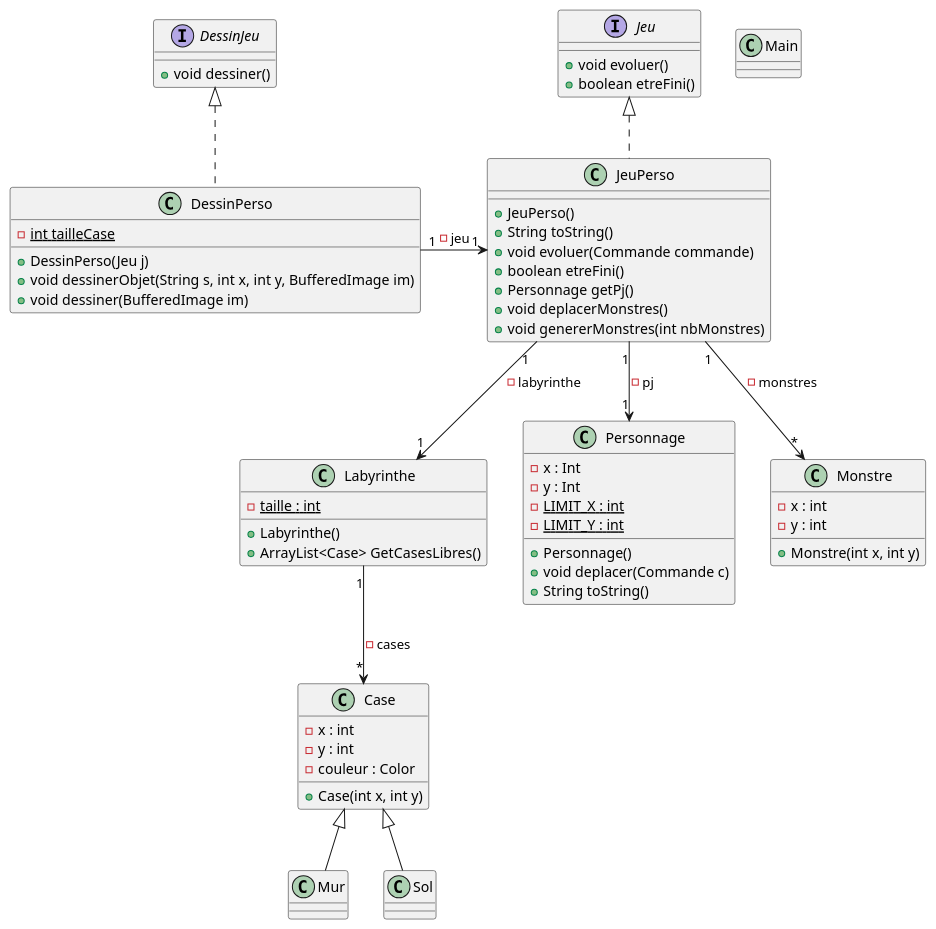
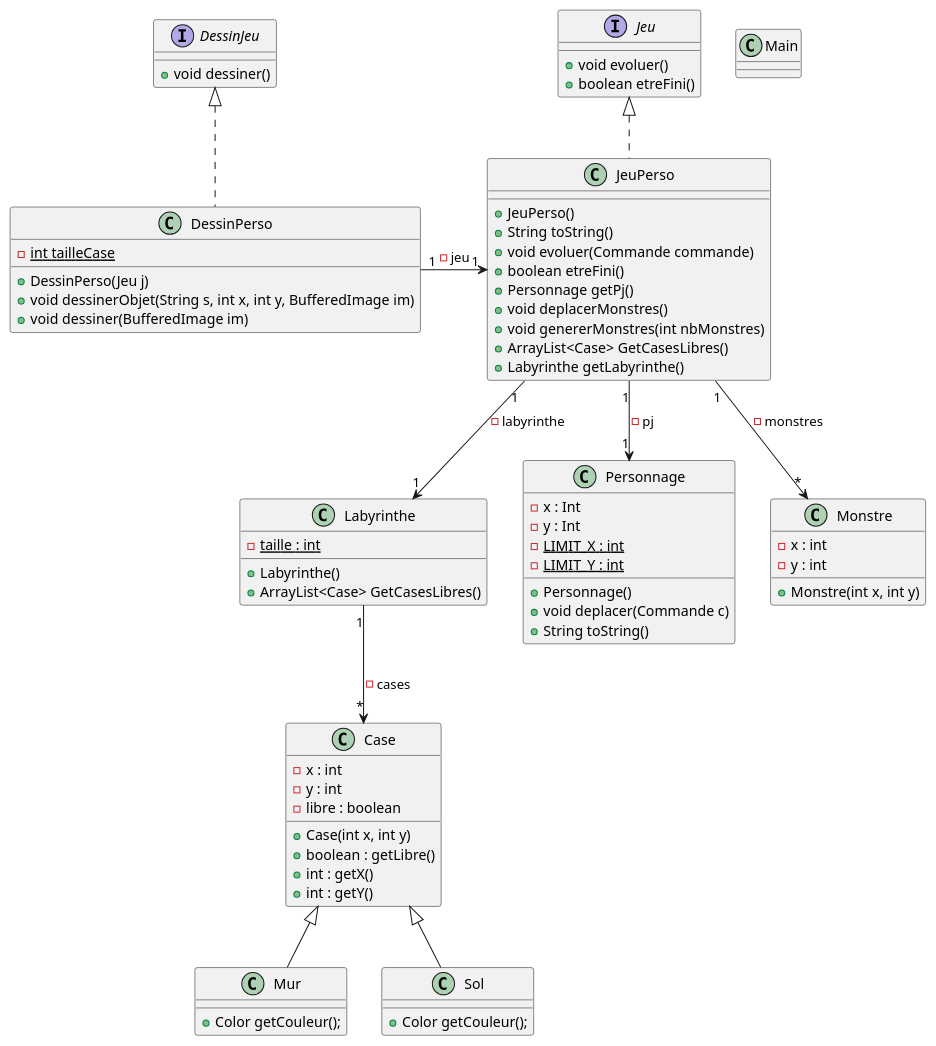
One commit to MichelGrolet/2d-game changed the diagram in documents/version3/diagramme.puml. Above: the diagram before and after it, drawn with PlantUML.

Commit message:
diagramme ajout getters

```diff
--- a/documents/version3/diagramme.puml
+++ b/documents/version3/diagramme.puml
@@ -1,69 +1,78 @@
 @startuml
 
 class Main {}
 
 class Labyrinthe {
     - {static} taille : int
     + Labyrinthe()
     + ArrayList<Case> GetCasesLibres()
 }
 Labyrinthe "1" --> "*" Case : - cases
 
 class Case {
     - x : int
     - y : int
-    - couleur : Color
+    - libre : boolean
     + Case(int x, int y)
+    + boolean : getLibre()
+    + int : getX()
+    + int : getY()
 }
 
-class Mur extends Case {}
+class Mur extends Case {
+    + Color getCouleur();
+}
 
-class Sol extends Case {}
+class Sol extends Case {
+    + Color getCouleur();
+}
 
 class Personnage {
     - x : Int
     - y : Int
     - {static} LIMIT_X : int
     - {static} LIMIT_Y : int
     + Personnage()
     + void deplacer(Commande c)
     + String toString()
 }
 
 class Monstre {
     - x : int
     - y : int
     + Monstre(int x, int y)
 }
 
 interface Jeu {
     + void evoluer()
     + boolean etreFini()
 }
 
 interface DessinJeu {
     + void dessiner()
 }
 
 class JeuPerso implements Jeu {
     + JeuPerso()
     + String toString()
     + void evoluer(Commande commande)
     + boolean etreFini()
     + Personnage getPj()
     + void deplacerMonstres()
     + void genererMonstres(int nbMonstres)
+    + ArrayList<Case> GetCasesLibres()
+    + Labyrinthe getLabyrinthe()
 }
 JeuPerso "1" --> "1" Labyrinthe : - labyrinthe
 JeuPerso "1" --> "1" Personnage : - pj
 JeuPerso "1" --> "*" Monstre : - monstres
 
 class DessinPerso implements DessinJeu {
     - {static} int tailleCase
     + DessinPerso(Jeu j)
     + void dessinerObjet(String s, int x, int y, BufferedImage im)
     + void dessiner(BufferedImage im)
 }
 DessinPerso "1" -> "1" JeuPerso : - jeu
 
 @enduml
```
